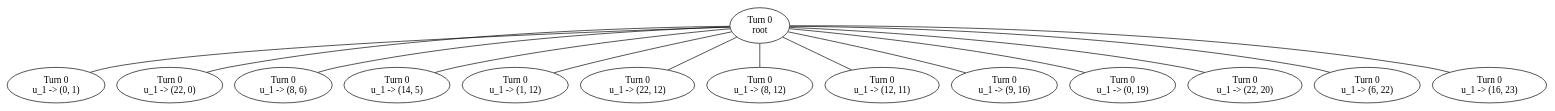
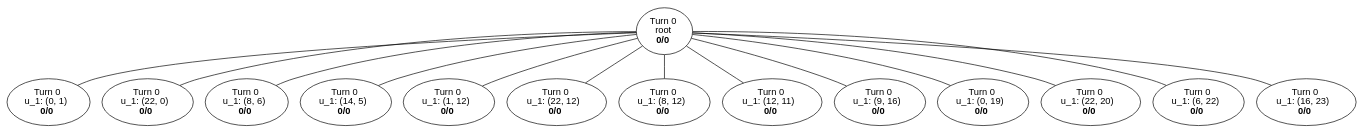
Before and after one commit to nathanbabcock/lux-ai: the diagram in graphviz/mcts.dot, drawn with Graphviz. The commit also changed 2 other files, not shown here.

Commit message:
Add plays/wins to graphviz render

```diff
--- a/graphviz/mcts.dot
+++ b/graphviz/mcts.dot
@@ -1,29 +1,29 @@
 graph "" {
-  vwbZO [label="Turn 0\nroot\n"]
-  vwbZO -- VWRxV
-  VWRxV [label="Turn 0\nu_1 -> (0, 1)\n"]
-  vwbZO -- iCMKy
-  iCMKy [label="Turn 0\nu_1 -> (22, 0)\n"]
-  vwbZO -- yBbBU
-  yBbBU [label="Turn 0\nu_1 -> (8, 6)\n"]
-  vwbZO -- bMGnF
-  bMGnF [label="Turn 0\nu_1 -> (14, 5)\n"]
-  vwbZO -- fvpCH
-  fvpCH [label="Turn 0\nu_1 -> (1, 12)\n"]
-  vwbZO -- FArQT
-  FArQT [label="Turn 0\nu_1 -> (22, 12)\n"]
-  vwbZO -- TjATj
-  TjATj [label="Turn 0\nu_1 -> (8, 12)\n"]
-  vwbZO -- RfkKe
-  RfkKe [label="Turn 0\nu_1 -> (12, 11)\n"]
-  vwbZO -- HDkbb
-  HDkbb [label="Turn 0\nu_1 -> (9, 16)\n"]
-  vwbZO -- qPeOM
-  qPeOM [label="Turn 0\nu_1 -> (0, 19)\n"]
-  vwbZO -- GlMyt
-  GlMyt [label="Turn 0\nu_1 -> (22, 20)\n"]
-  vwbZO -- VTNqp
-  VTNqp [label="Turn 0\nu_1 -> (6, 22)\n"]
-  vwbZO -- tGVvX
-  tGVvX [label="Turn 0\nu_1 -> (16, 23)\n"]
+  BBQQD [label=<Turn 0<br/>root<br/><b>0/0</b>> fontname="helvetica"]
+  BBQQD -- bJLJS
+  bJLJS [label=<Turn 0<br/>u_1: (0, 1)<br/><b>0/0</b>> fontname="helvetica"]
+  BBQQD -- SWgaz
+  SWgaz [label=<Turn 0<br/>u_1: (22, 0)<br/><b>0/0</b>> fontname="helvetica"]
+  BBQQD -- NdOmL
+  NdOmL [label=<Turn 0<br/>u_1: (8, 6)<br/><b>0/0</b>> fontname="helvetica"]
+  BBQQD -- SzPBU
+  SzPBU [label=<Turn 0<br/>u_1: (14, 5)<br/><b>0/0</b>> fontname="helvetica"]
+  BBQQD -- nsTKE
+  nsTKE [label=<Turn 0<br/>u_1: (1, 12)<br/><b>0/0</b>> fontname="helvetica"]
+  BBQQD -- RFDjl
+  RFDjl [label=<Turn 0<br/>u_1: (22, 12)<br/><b>0/0</b>> fontname="helvetica"]
+  BBQQD -- ajIvl
+  ajIvl [label=<Turn 0<br/>u_1: (8, 12)<br/><b>0/0</b>> fontname="helvetica"]
+  BBQQD -- ysMJh
+  ysMJh [label=<Turn 0<br/>u_1: (12, 11)<br/><b>0/0</b>> fontname="helvetica"]
+  BBQQD -- dHytP
+  dHytP [label=<Turn 0<br/>u_1: (9, 16)<br/><b>0/0</b>> fontname="helvetica"]
+  BBQQD -- mIGId
+  mIGId [label=<Turn 0<br/>u_1: (0, 19)<br/><b>0/0</b>> fontname="helvetica"]
+  BBQQD -- FToIa
+  FToIa [label=<Turn 0<br/>u_1: (22, 20)<br/><b>0/0</b>> fontname="helvetica"]
+  BBQQD -- Ayzri
+  Ayzri [label=<Turn 0<br/>u_1: (6, 22)<br/><b>0/0</b>> fontname="helvetica"]
+  BBQQD -- ZGcZt
+  ZGcZt [label=<Turn 0<br/>u_1: (16, 23)<br/><b>0/0</b>> fontname="helvetica"]
 }
```
